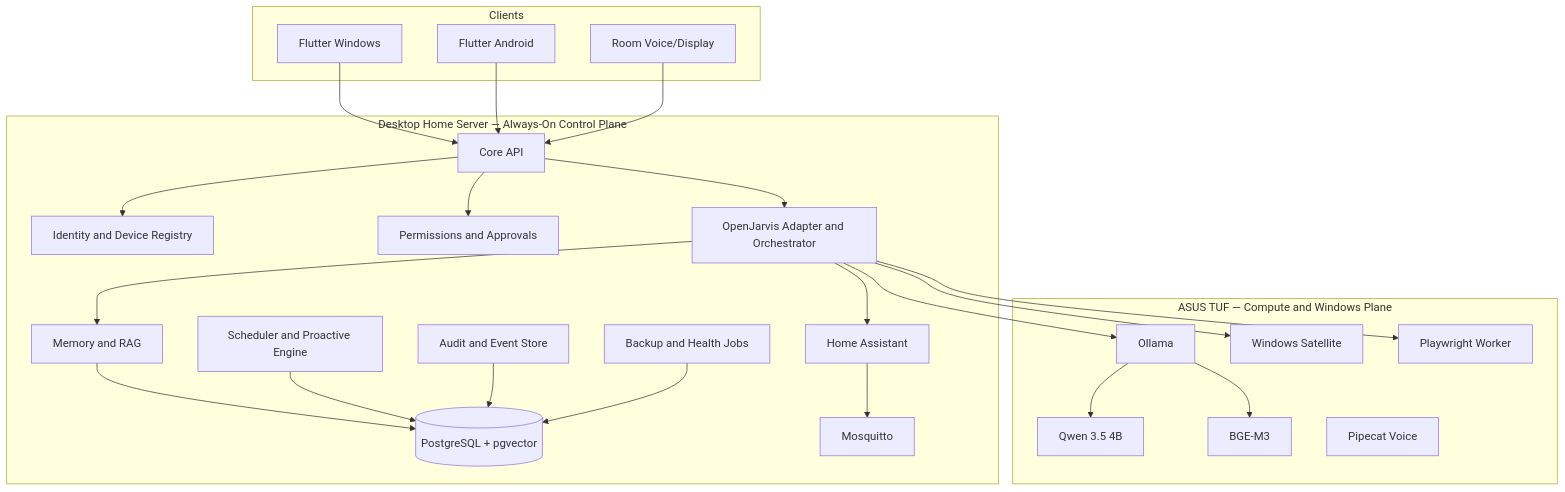
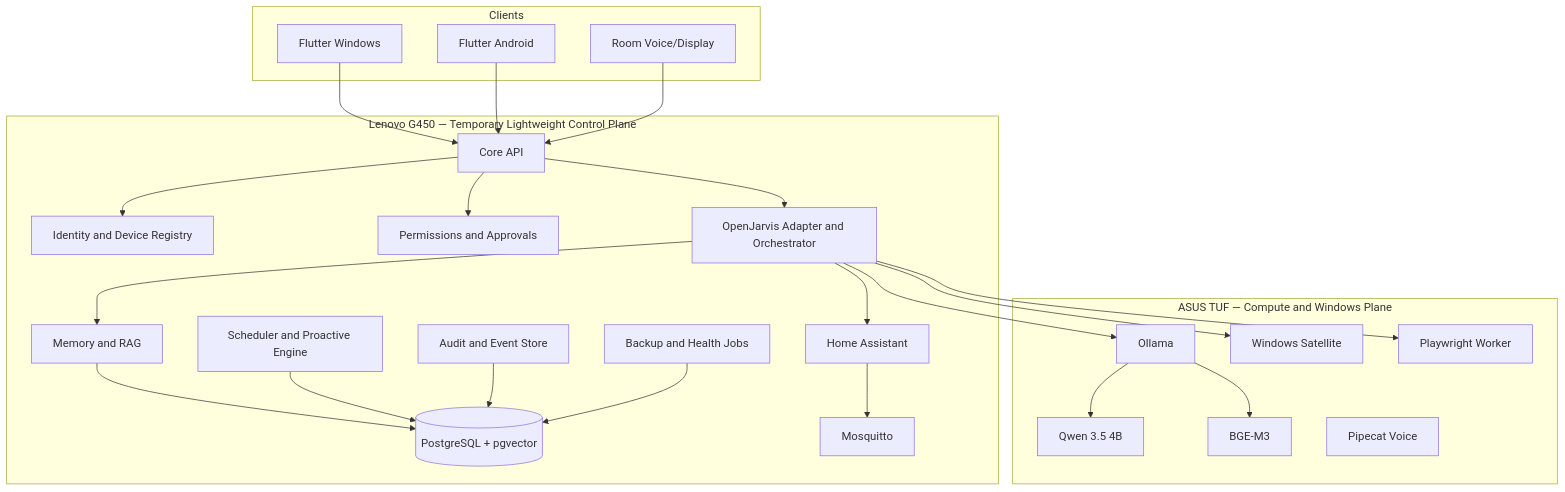
The diagram in docs/MASTER_PLAN.md (MahmoudNagiubX/BMO-Personal-AI-OS), drawn with Mermaid before and after one commit. The commit also changed other lines of this file and 13 other files, not shown here.

Commit message:
docs(architecture): restore Lenovo temporary control plane

````diff
--- a/docs/MASTER_PLAN.md
+++ b/docs/MASTER_PLAN.md
@@ -341,50 +295,50 @@
 ```mermaid
 flowchart TB
   subgraph Clients
     WIN[Flutter Windows]
     AND[Flutter Android]
     ROOM[Room Voice/Display]
   end
 
-  subgraph SERVER[Desktop Home Server — Always-On Control Plane]
+  subgraph SERVER[Lenovo G450 — Temporary Lightweight Control Plane]
     API[Core API]
     ID[Identity and Device Registry]
     PERM[Permissions and Approvals]
     ORCH[OpenJarvis Adapter and Orchestrator]
     MEM[Memory and RAG]
     SCH[Scheduler and Proactive Engine]
     AUD[Audit and Event Store]
     PG[(PostgreSQL + pgvector)]
     HA[Home Assistant]
     MQTT[Mosquitto]
     BACKUP[Backup and Health Jobs]
   end
 
   subgraph TUF[ASUS TUF — Compute and Windows Plane]
     OLL[Ollama]
     Q4[Qwen 3.5 4B]
     EMB[BGE-M3]
     VOICE[Pipecat Voice]
     WINAG[Windows Satellite]
     WEB[Playwright Worker]
   end
 
   WIN --> API
   AND --> API
   ROOM --> API
   API --> ID
   API --> PERM
   API --> ORCH
   ORCH --> MEM
   MEM --> PG
   SCH --> PG
   AUD --> PG
   BACKUP --> PG
   ORCH --> OLL
   OLL --> Q4
   OLL --> EMB
   ORCH --> WINAG
   ORCH --> WEB
   ORCH --> HA
   HA --> MQTT
 ```
````
